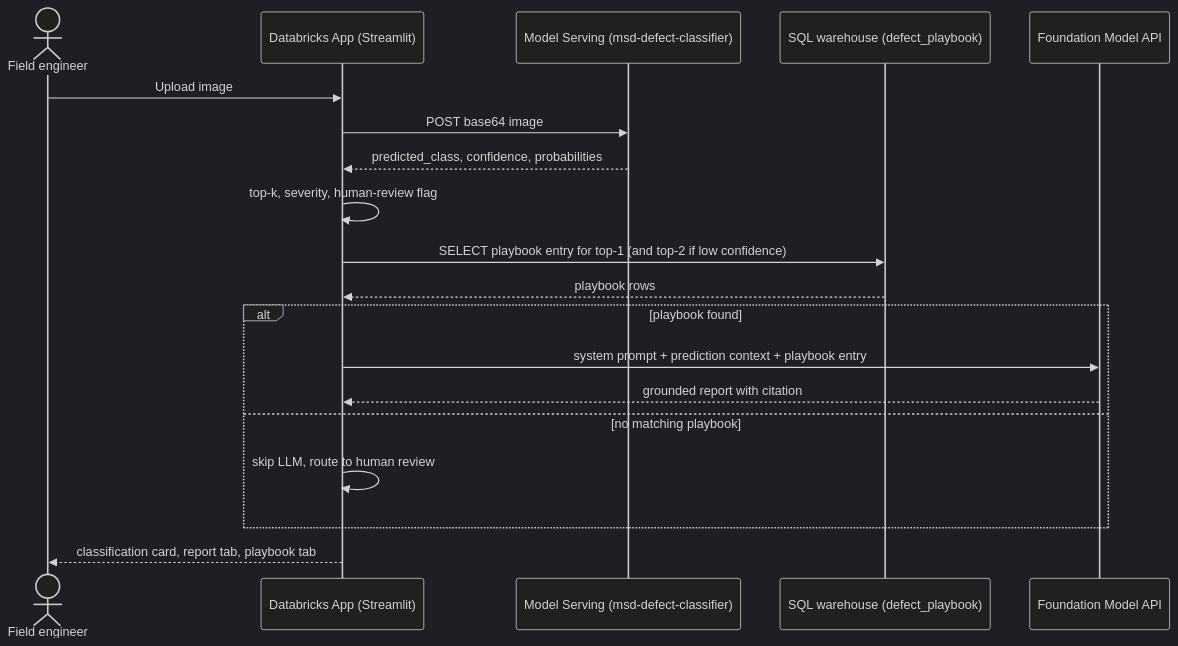
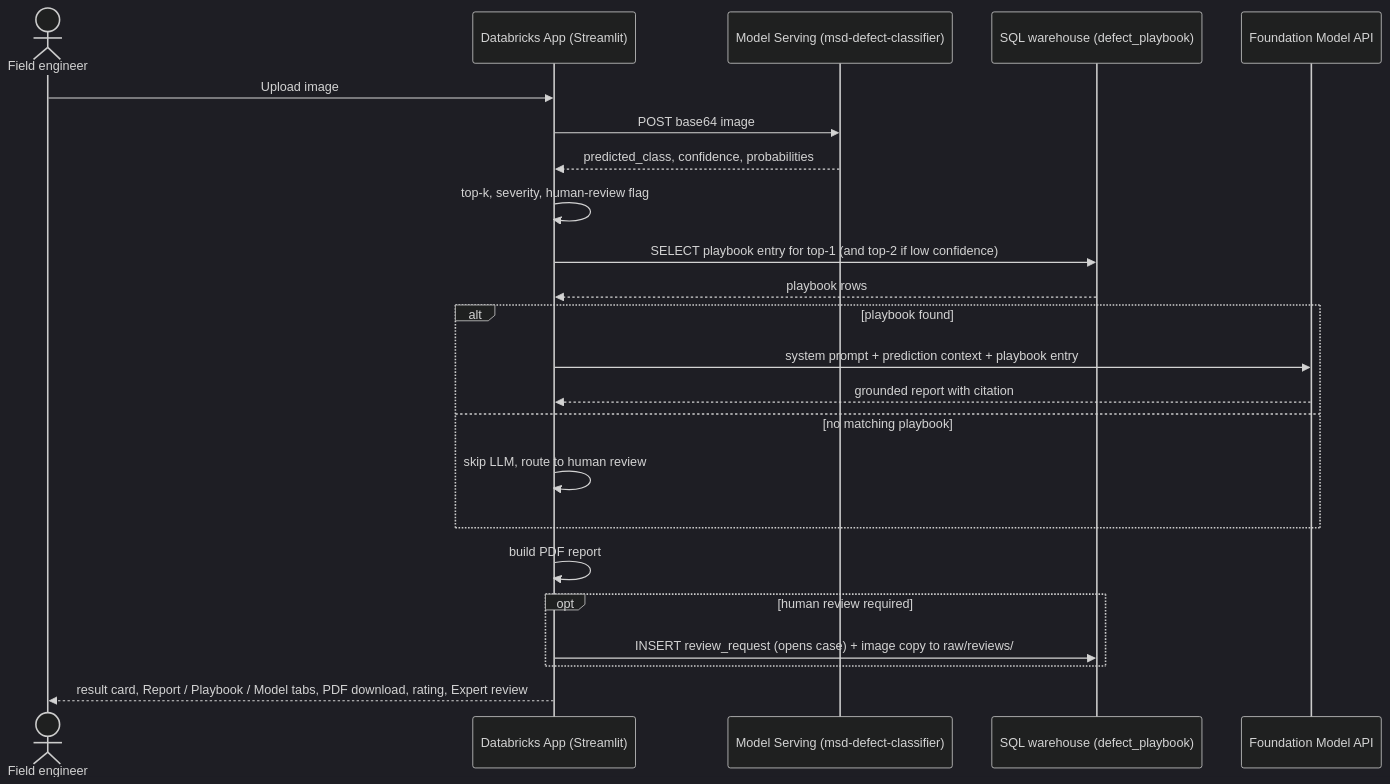
The third of 5 diagrams in e2e_industry_solutions/metal_surface_defect_diagnostics/ARCHITECTURE.md (jose-alberto-salazar-jimenez/databricks_demos), drawn with Mermaid (dark theme) before and after one commit. The commit also changed other lines of this file and 19 other files, not shown here.

First line of the commit message:
msd: Phase 4 - Streamlit app with PDF report, feedback and expert review cases (1.4.0)

````diff
--- a/e2e_industry_solutions/metal_surface_defect_diagnostics/ARCHITECTURE.md
+++ b/e2e_industry_solutions/metal_surface_defect_diagnostics/ARCHITECTURE.md
@@ -166,21 +172,25 @@
 ```mermaid
 sequenceDiagram
   actor U as Field engineer
   participant A as Databricks App (Streamlit)
   participant M as Model Serving (msd-defect-classifier)
   participant W as SQL warehouse (defect_playbook)
   participant L as Foundation Model API
   U->>A: Upload image
   A->>M: POST base64 image
   M-->>A: predicted_class, confidence, probabilities
   A->>A: top-k, severity, human-review flag
   A->>W: SELECT playbook entry for top-1 (and top-2 if low confidence)
   W-->>A: playbook rows
   alt playbook found
     A->>L: system prompt + prediction context + playbook entry
     L-->>A: grounded report with citation
   else no matching playbook
     A->>A: skip LLM, route to human review
   end
-  A-->>U: classification card, report tab, playbook tab
+  A->>A: build PDF report
+  opt human review required
+    A->>W: INSERT review_request (opens case) + image copy to raw/reviews/
+  end
+  A-->>U: result card, Report / Playbook / Model tabs, PDF download, rating, Expert review
 ```
````
